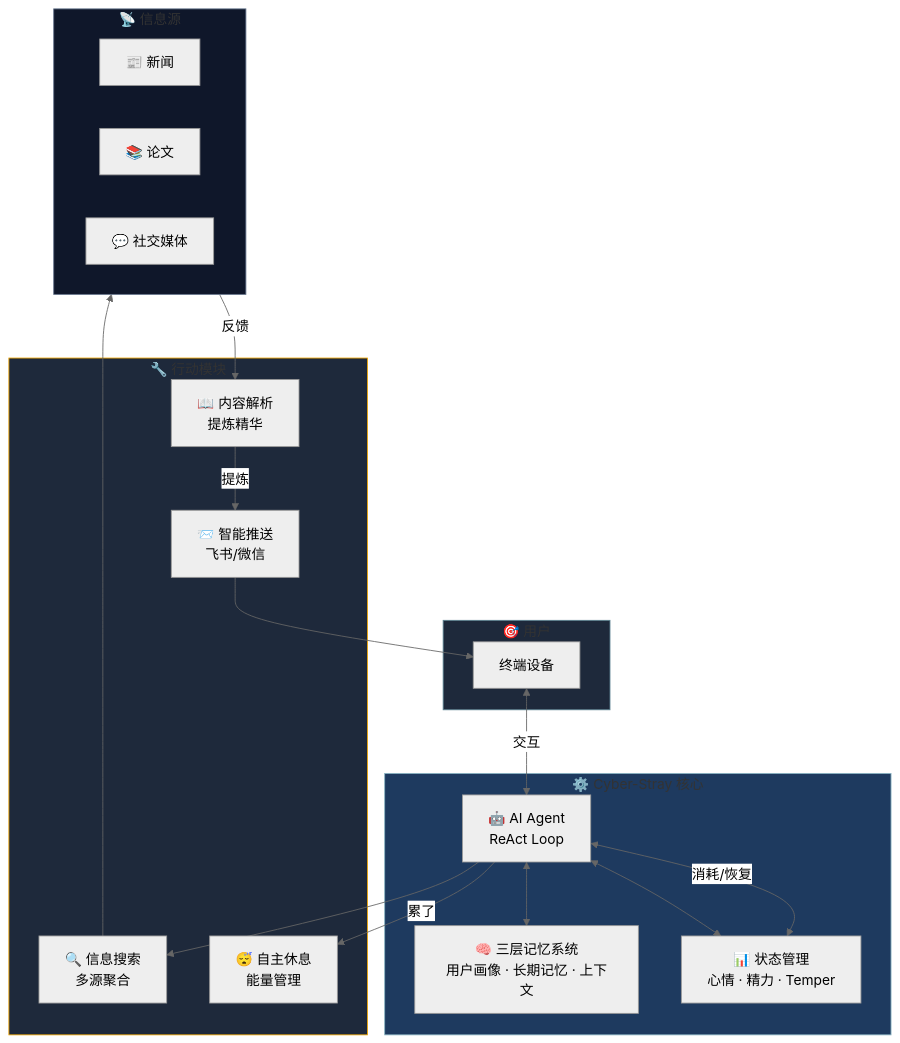
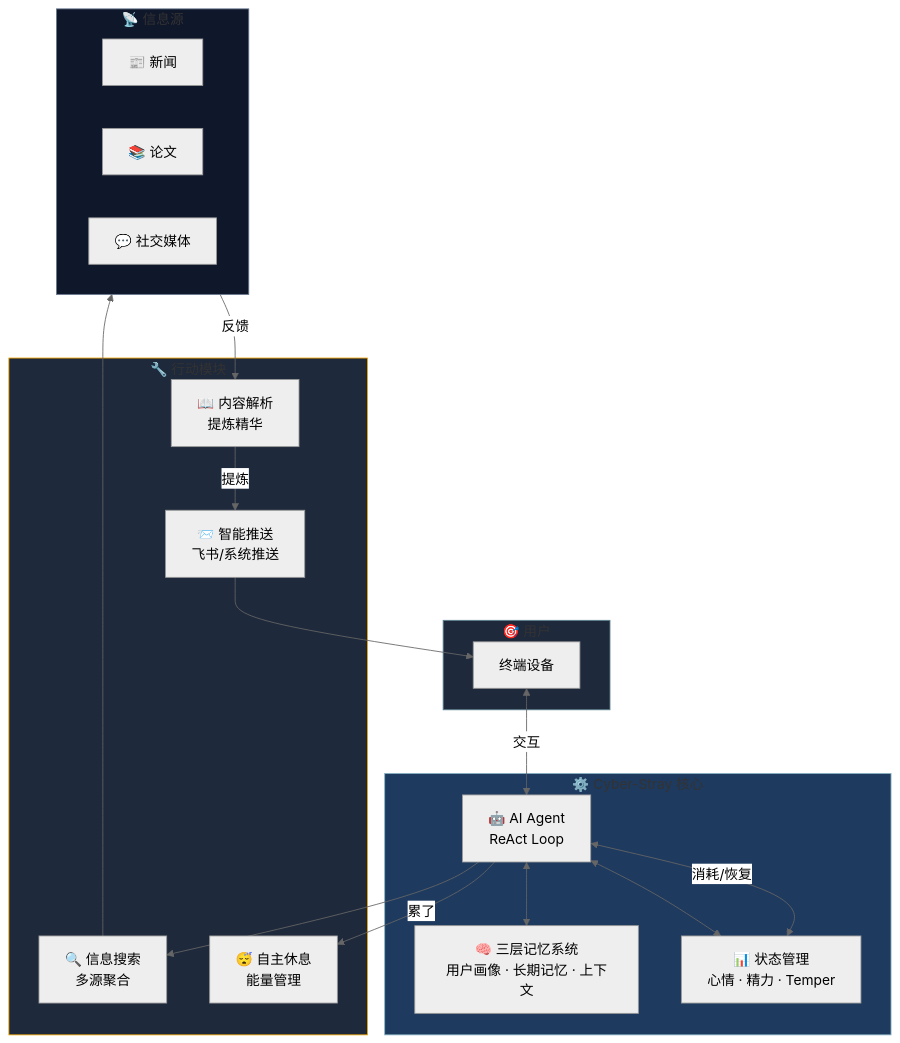
One commit to Zewang0217/cyber-stray changed the second of 3 diagrams in packages/slides/slides.md. Above: the diagram before and after it, drawn with Mermaid (neutral theme). The commit also changed other lines of this file and 118 other files, not shown here.

````diff
--- a/packages/slides/slides.md
+++ b/packages/slides/slides.md
@@ -230,41 +230,41 @@
 ```mermaid {scale: 0.7}
 graph TB
     subgraph User["🎯 用户"]
         U[终端设备]
     end
 
     subgraph Core["⚙️ Cyber-Stray 核心"]
         AGENT[🤖 AI Agent<br/>ReAct Loop]
         MEM[🧠 三层记忆系统<br/>用户画像 · 长期记忆 · 上下文]
         STATE[📊 状态管理<br/>心情 · 精力 · Temper]
     end
 
     subgraph Actions["🔧 行动模块"]
         SEARCH[🔍 信息搜索<br/>多源聚合]
         READ[📖 内容解析<br/>提炼精华]
-        PUSH[📨 智能推送<br/>飞书/微信]
+        PUSH[📨 智能推送<br/>飞书/系统推送]
         REST[😴 自主休息<br/>能量管理]
     end
 
     subgraph Sources["📡 信息源"]
         NEWS[📰 新闻]
         PAPER[📚 论文]
         SOCIAL[💬 社交媒体]
     end
 
     U <-->|交互| AGENT
     AGENT <--> MEM
     AGENT <--> STATE
     AGENT --> SEARCH
     SEARCH --> Sources
     Sources -->|反馈| READ
     READ -->|提炼| PUSH
     PUSH --> U
     AGENT <-->|消耗/恢复| STATE
     AGENT -->|累了| REST
 
     style User fill:#1e293b,stroke:#5d8392
     style Core fill:#1e3a5f,stroke:#8bb4c4
     style Actions fill:#1e293b,stroke:#f0a500
     style Sources fill:#0f172a,stroke:#64748b
 ```
````
